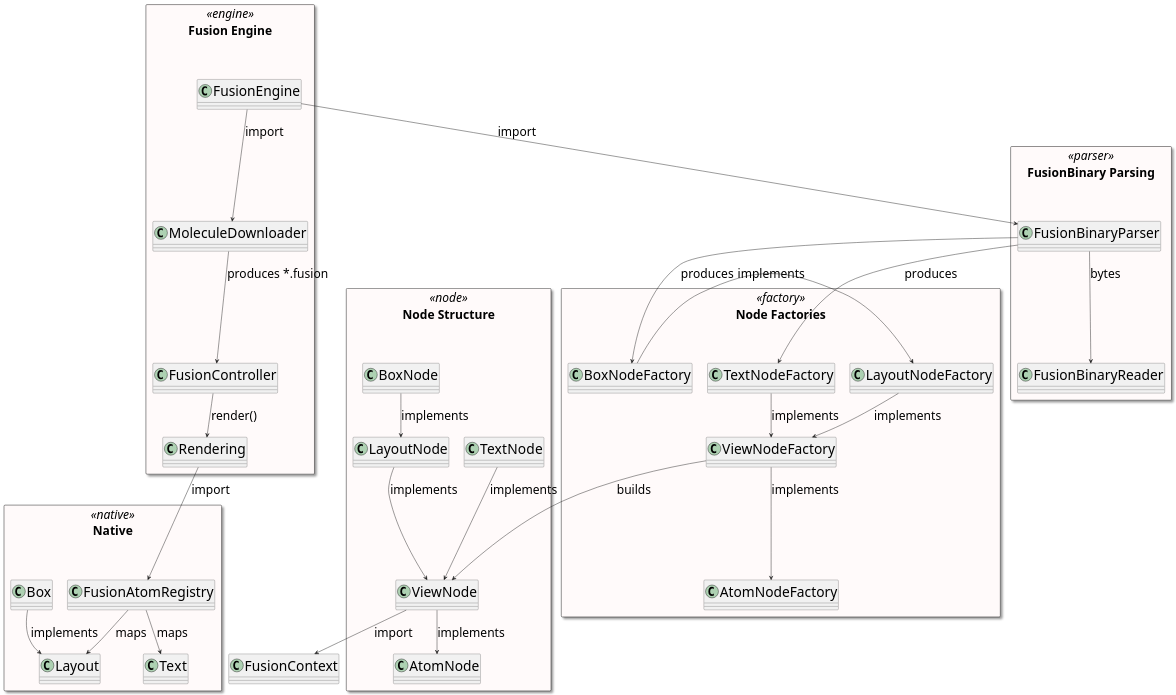
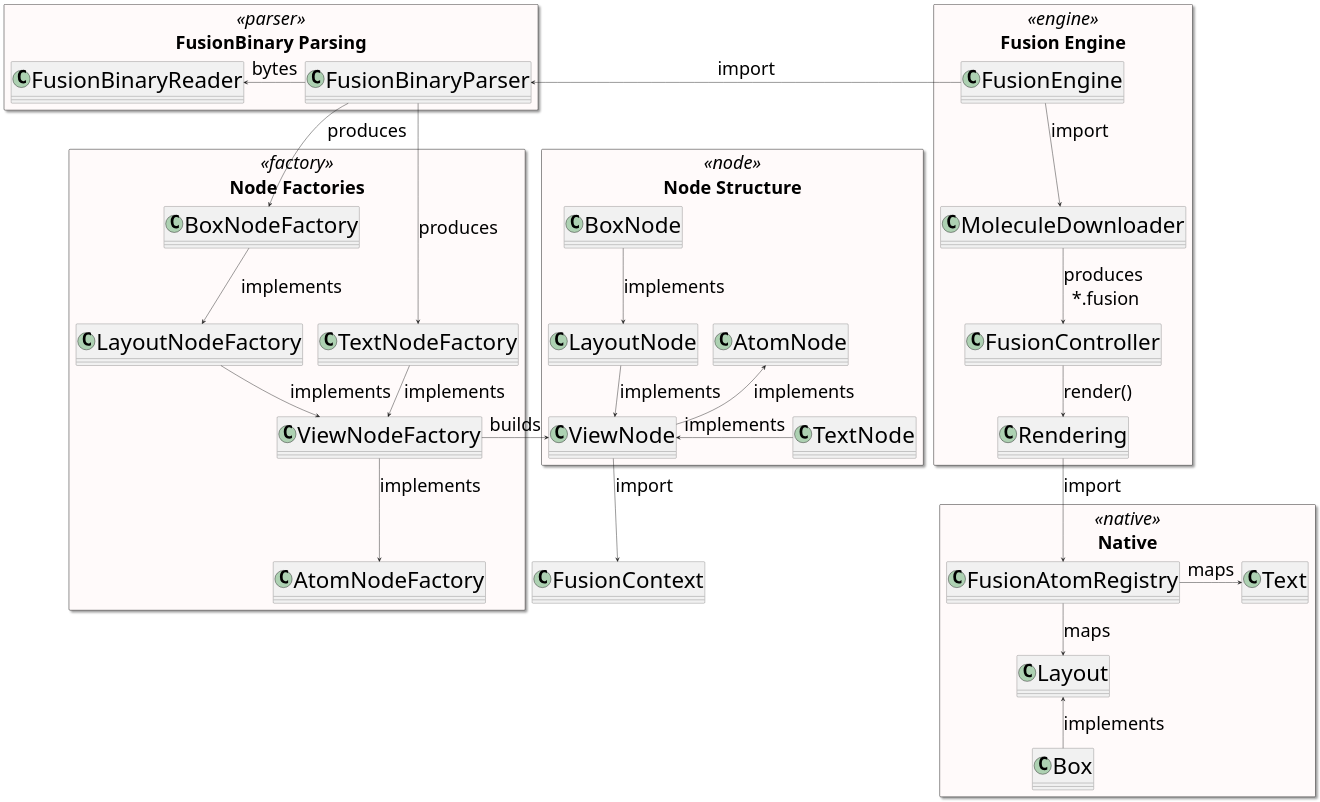
The diagram in uml/FusionClasses.puml (Hillwar/FusionV2), drawn with PlantUML before and after one commit. The commit also changed 28 other files, not shown here.

```diff
--- a/uml/FusionClasses.puml
+++ b/uml/FusionClasses.puml
@@ -1,82 +1,82 @@
 @startuml
 
 skinparam defaultFontName Arial
-skinparam defaultFontSize 28
-skinparam classFontSize 32
+skinparam defaultFontSize 42
+skinparam classFontSize 52
 
 skinparam rectangle {
     BackgroundColor Snow
     BorderColor Black
     Shadowing true
 }
 
 skinparam class {
     BackgroundColor<<factory>> YellowGreen
     BackgroundColor<<node>> PaleGreen
     BackgroundColor<<parser>> Orange
     BackgroundColor<<engine>> LightBlue
     BackgroundColor<<registry>> LightYellow
 }
 
 rectangle "FusionBinary Parsing" as Parsing <<parser>> {
     class FusionBinaryParser
     class FusionBinaryReader
 }
 
 rectangle "Node Factories" as Factories <<factory>> {
     class TextNodeFactory
     class BoxNodeFactory
     class LayoutNodeFactory
     class ViewNodeFactory
     class AtomNodeFactory
 }
 
 rectangle "Node Structure" as Nodes <<node>> {
     class TextNode
     class BoxNode
     class LayoutNode
     class ViewNode
     class AtomNode
 }
 
 rectangle "Fusion Engine" as Engine <<engine>> {
     class FusionEngine
     class MoleculeDownloader
     class FusionController
     class Rendering
 }
 
 rectangle "Native" as Native <<native>> {
     class FusionAtomRegistry
     class Layout
     class Text
     class Box
 }
 
 class FusionContext
 
 ' Connections
-FusionBinaryParser --> FusionBinaryReader : "bytes"
-FusionBinaryParser --> TextNodeFactory : "produces"
+FusionBinaryParser -left-> FusionBinaryReader : "bytes"
+FusionBinaryParser -down-> TextNodeFactory : "produces"
 FusionBinaryParser --> BoxNodeFactory : "produces"
-BoxNodeFactory -right-> LayoutNodeFactory : "implements"
+BoxNodeFactory -down-> LayoutNodeFactory : "implements"
 LayoutNodeFactory --> ViewNodeFactory : "implements"
 TextNodeFactory --> ViewNodeFactory : "implements"
 ViewNodeFactory --> AtomNodeFactory : "implements"
-ViewNodeFactory --> ViewNode : "builds"
+ViewNodeFactory -left-> ViewNode : "builds"
 BoxNode --> LayoutNode : "implements"
 LayoutNode --> ViewNode : "implements"
-TextNode --> ViewNode : "implements"
+TextNode -left-> ViewNode : "implements"
 ViewNode --> FusionContext : "import"
-ViewNode --> AtomNode : "implements"
+ViewNode -up-> AtomNode : "implements"
 
-FusionEngine --> FusionBinaryParser : "import"
+FusionEngine -right-> FusionBinaryParser : "import"
 FusionEngine --> MoleculeDownloader : "import"
-MoleculeDownloader --> FusionController : "produces *.fusion"
-FusionController --> Rendering : "render()"
-Rendering --> FusionAtomRegistry : "import"
+MoleculeDownloader --> FusionController : "produces \n*.fusion"
+FusionController -down-> Rendering : "render()         "
+Rendering -down-> FusionAtomRegistry : "import"
 FusionAtomRegistry --> Layout : "maps"
-FusionAtomRegistry --> Text : "maps"
-Box --> Layout : "implements"
+FusionAtomRegistry -right-> Text : "maps"
+Box -up-> Layout : "implements"
 
 @enduml
```
